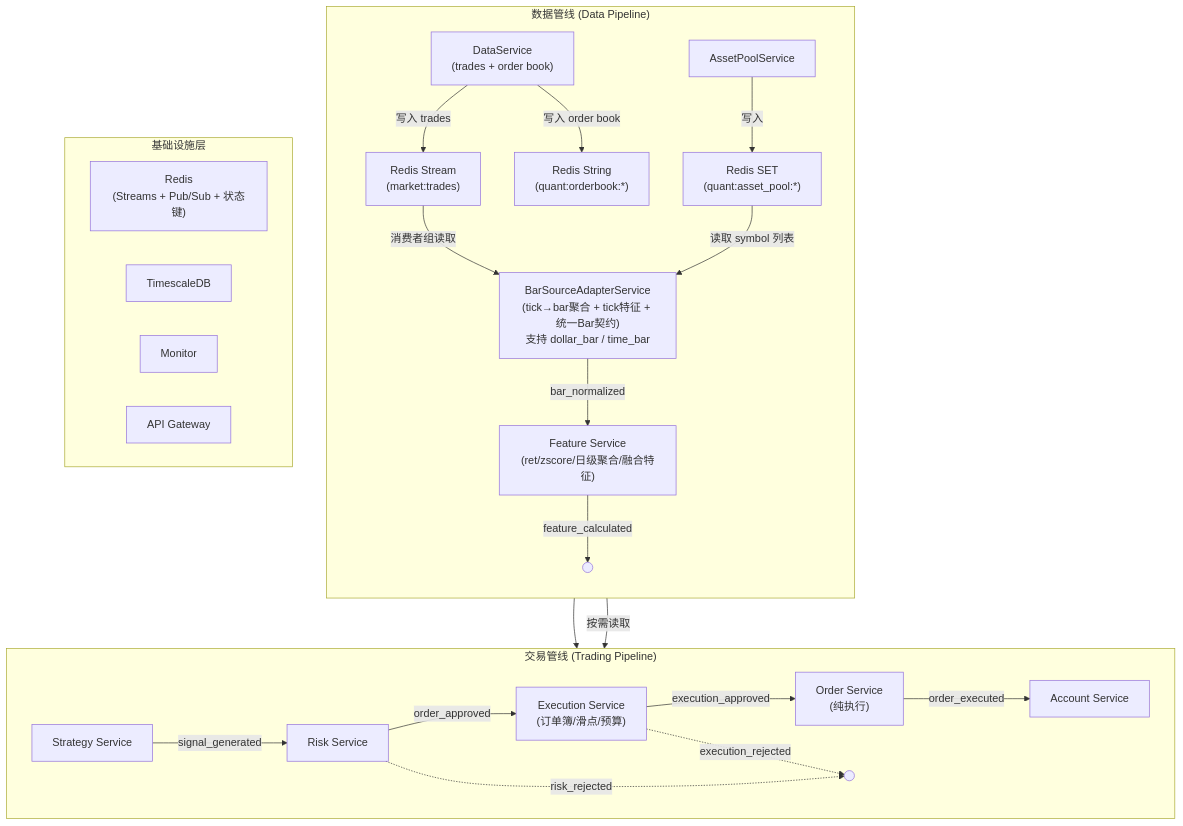
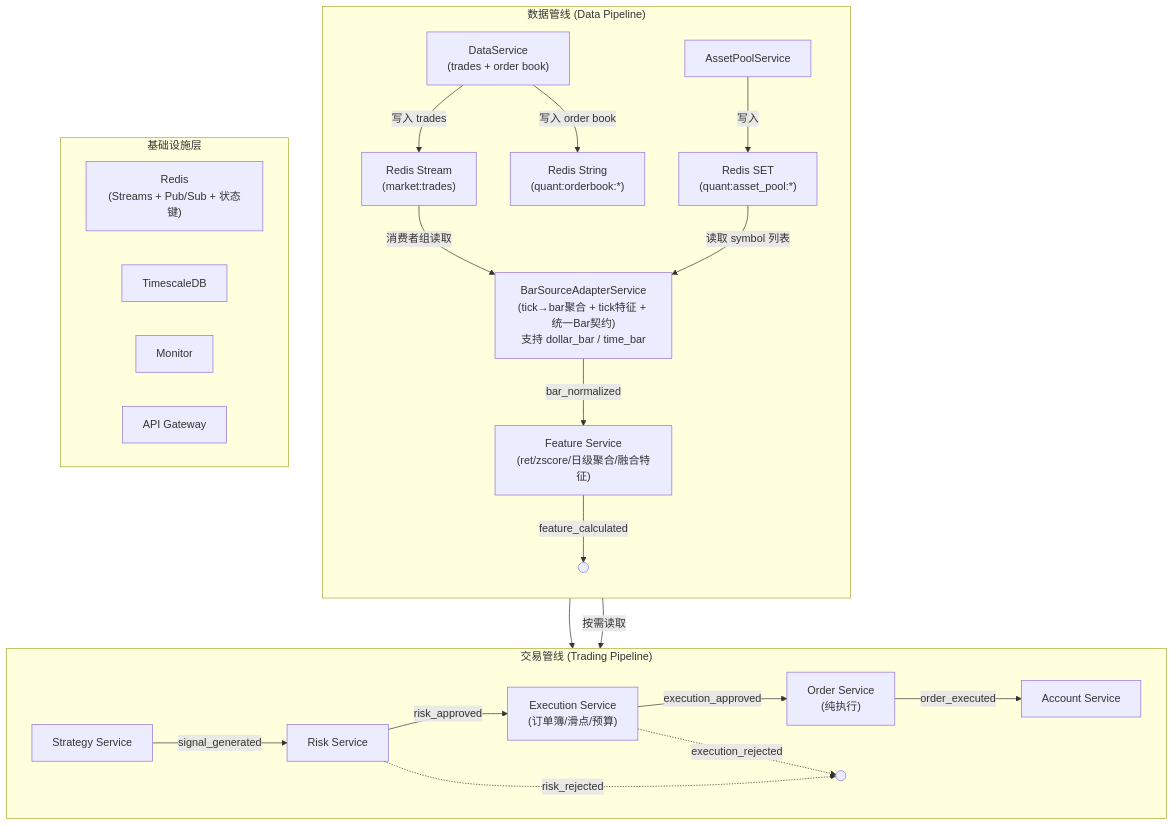
Before and after one commit to DragonQuantt/docs: the first of 5 diagrams in content/architecture/index.md, drawn with Mermaid. The commit also changed other lines of this file and 3 other files, not shown here.

Commit message:
Update Redis and architecture documentation to replace `order_approved` with `risk_approved`.

````diff
--- a/content/architecture/index.md
+++ b/content/architecture/index.md
@@ -36,33 +36,33 @@
 ```mermaid
 flowchart TD
     subgraph dataPipeline ["数据管线 (Data Pipeline)"]
         direction TB
         DataSvc["DataService\n(trades + order book)"] -->|"写入 trades"| RedisStream["Redis Stream\n(market:trades)"]
         DataSvc -->|"写入 order book"| RedisOrderbook["Redis String\n(quant:orderbook:*)"]
         AssetPoolSvc["AssetPoolService"] -->|"写入"| RedisSet["Redis SET\n(quant:asset_pool:*)"]
         RedisStream -->|"消费者组读取"| BarAdapter["BarSourceAdapterService\n(tick→bar聚合 + tick特征 + 统一Bar契约)\n支持 dollar_bar / time_bar"]
         RedisSet -->|"读取 symbol 列表"| BarAdapter
         BarAdapter -->|bar_normalized| FeatureService["Feature Service\n(ret/zscore/日级聚合/融合特征)"]
         FeatureService -->|feature_calculated| outputData((" "))
     end
 
     subgraph tradingPipeline ["交易管线 (Trading Pipeline)"]
         direction LR
         StrategyService["Strategy Service"] -->|signal_generated| RiskService["Risk Service"]
-        RiskService -->|order_approved| ExecutionService["Execution Service\n(订单簿/滑点/预算)"]
+        RiskService -->|risk_approved| ExecutionService["Execution Service\n(订单簿/滑点/预算)"]
         ExecutionService -->|execution_approved| OrderService["Order Service\n(纯执行)"]
         RiskService -.->|risk_rejected| AlertPath((" "))
         ExecutionService -.->|execution_rejected| AlertPath
         OrderService -->|order_executed| AccountService["Account Service"]
     end
 
     subgraph infra ["基础设施层"]
         Redis["Redis\n(Streams + Pub/Sub + 状态键)"]
         TimescaleDB["TimescaleDB"]
         Monitor["Monitor"]
         APIGateway["API Gateway"]
     end
 
     outputData --> StrategyService
     RedisOrderbook -->|"按需读取"| ExecutionService
 ```
````
